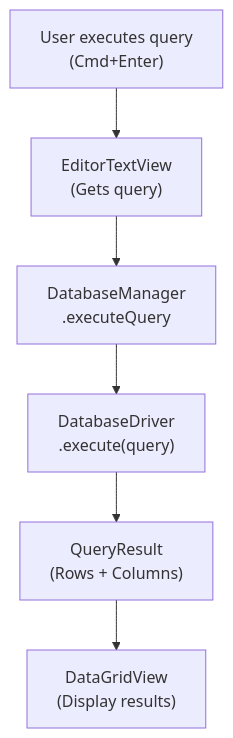
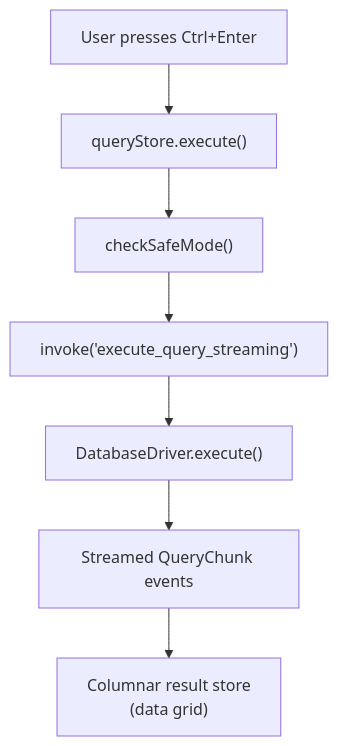
The second of 2 diagrams in docs/development/architecture.mdx (miken90/TablePro), drawn with Mermaid before and after one commit. The commit also changed other lines of this file and 41 other files, not shown here.

````diff
--- a/docs/development/architecture.mdx
+++ b/docs/development/architecture.mdx
@@ -282,9 +113,10 @@
 ```mermaid
 flowchart TB
-    User["User executes query<br>(Cmd+Enter)"]
-    User --> Editor["EditorTextView<br>(Gets query)"]
-    Editor --> Manager["DatabaseManager<br>.executeQuery"]
-    Manager --> Driver["DatabaseDriver<br>.execute(query)"]
-    Driver --> Result["QueryResult<br>(Rows + Columns)"]
-    Result --> Grid["DataGridView<br>(Display results)"]
+    User["User presses Ctrl+Enter"]
+    User --> Store["queryStore.execute()"]
+    Store --> SafeMode["checkSafeMode()"]
+    SafeMode --> Invoke["invoke('execute_query_streaming')"]
+    Invoke --> Driver["DatabaseDriver.execute()"]
+    Driver --> Stream["Streamed QueryChunk events"]
+    Stream --> Grid["Columnar result store<br>(data grid)"]
 ```
````
